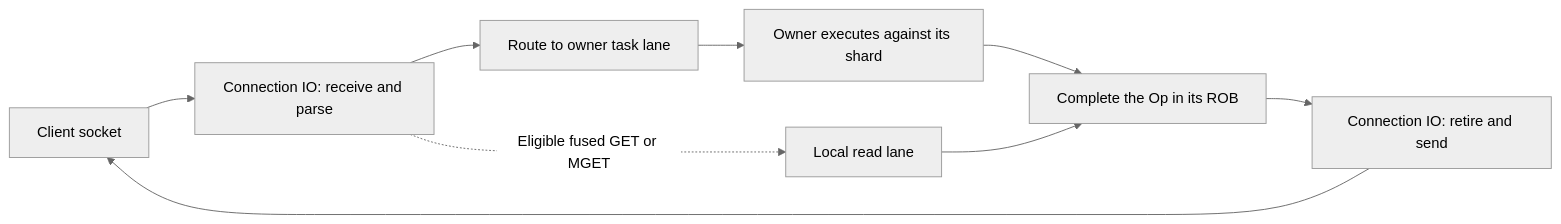
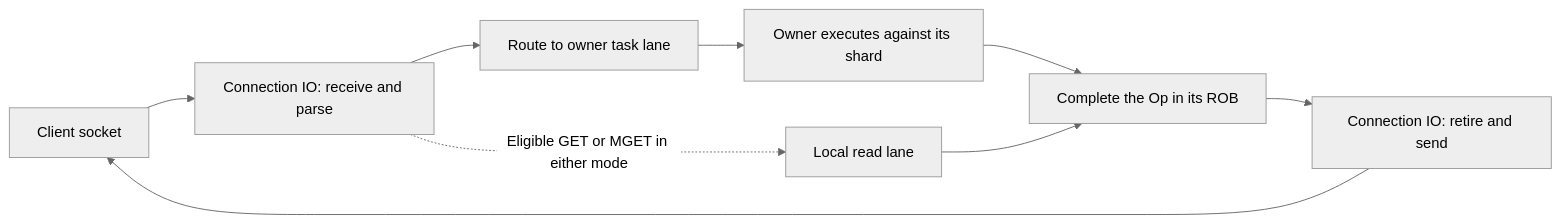
One commit to henrychen917/tomokv changed the diagram in docs/ARCHITECTURE.md. Above: the diagram before and after it, drawn with Mermaid (neutral theme). The commit also changed other lines of this file and 3 other files, not shown here.

Commit message:
Correct as-built read-local docs and retire stale control-plane claims

````diff
--- a/docs/ARCHITECTURE.md
+++ b/docs/ARCHITECTURE.md
@@ -56,11 +65,11 @@
 ```mermaid
 flowchart LR
     C[Client socket] --> N[Connection IO: receive and parse]
     N --> Q[Route to owner task lane]
     Q --> E[Owner executes against its shard]
     E --> R[Complete the Op in its ROB]
     R --> W[Connection IO: retire and send]
     W --> C
-    N -. Eligible fused GET or MGET .-> L[Local read lane]
+    N -. Eligible GET or MGET in either mode .-> L[Local read lane]
     L --> R
 ```
````
